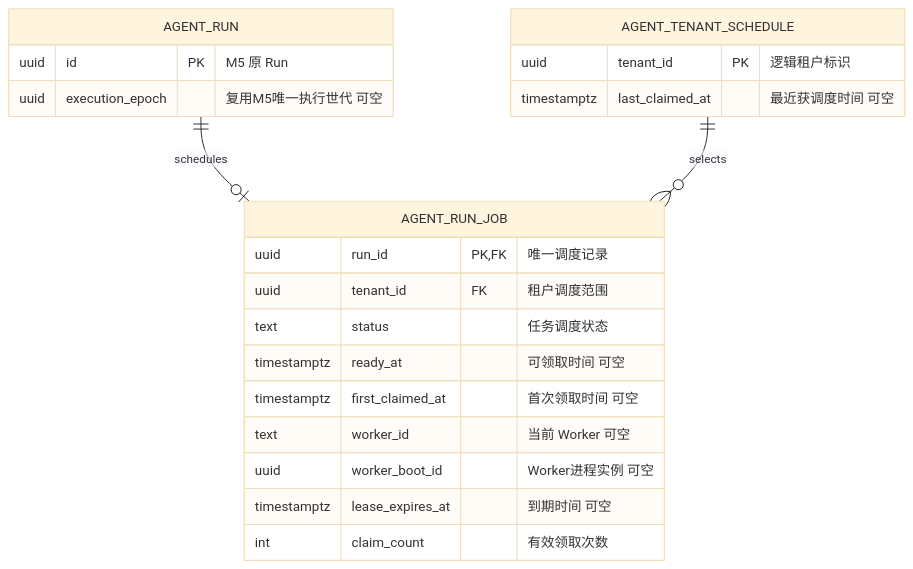
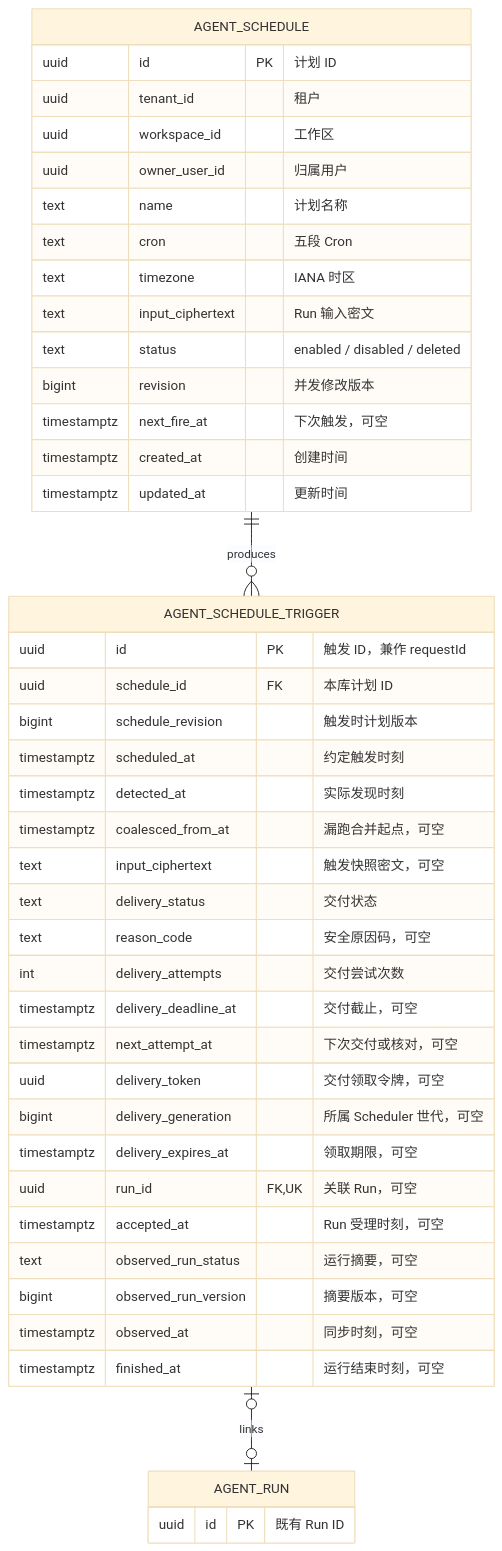
The third of 7 diagrams in mai-specs/984-lesson-20-production-agent-runtime/design/TECH_DESIGN.md (RuiLu007/compass), drawn with Mermaid (base theme) before and after one commit. The commit also changed other lines of this file and 204 other files, not shown here.

````diff
--- a/mai-specs/984-lesson-20-production-agent-runtime/design/TECH_DESIGN.md
+++ b/mai-specs/984-lesson-20-production-agent-runtime/design/TECH_DESIGN.md
@@ -55,24 +151,47 @@
 ```mermaid
 erDiagram
-    AGENT_RUN ||--o| AGENT_RUN_JOB : schedules
-    AGENT_TENANT_SCHEDULE ||--o{ AGENT_RUN_JOB : selects
+    accTitle: 计划、触发记录与 Run
+    AGENT_SCHEDULE ||--o{ AGENT_SCHEDULE_TRIGGER : produces
+    AGENT_SCHEDULE_TRIGGER o|--o| AGENT_RUN : links
+    AGENT_SCHEDULE {
+        uuid id PK "计划 ID"
+        uuid tenant_id "租户"
+        uuid workspace_id "工作区"
+        uuid owner_user_id "归属用户"
+        text name "计划名称"
+        text cron "五段 Cron"
+        text timezone "IANA 时区"
+        text input_ciphertext "Run 输入密文"
+        text status "enabled / disabled / deleted"
+        bigint revision "并发修改版本"
+        timestamptz next_fire_at "下次触发，可空"
+        timestamptz created_at "创建时间"
+        timestamptz updated_at "更新时间"
+    }
+    AGENT_SCHEDULE_TRIGGER {
+        uuid id PK "触发 ID，兼作 requestId"
+        uuid schedule_id FK "本库计划 ID"
+        bigint schedule_revision "触发时计划版本"
+        timestamptz scheduled_at "约定触发时刻"
+        timestamptz detected_at "实际发现时刻"
+        timestamptz coalesced_from_at "漏跑合并起点，可空"
+        text input_ciphertext "触发快照密文，可空"
+        text delivery_status "交付状态"
+        text reason_code "安全原因码，可空"
+        int delivery_attempts "交付尝试次数"
+        timestamptz delivery_deadline_at "交付截止，可空"
+        timestamptz next_attempt_at "下次交付或核对，可空"
+        uuid delivery_token "交付领取令牌，可空"
+        bigint delivery_generation "所属 Scheduler 世代，可空"
+        timestamptz delivery_expires_at "领取期限，可空"
+        uuid run_id FK,UK "关联 Run，可空"
+        timestamptz accepted_at "Run 受理时刻，可空"
+        text observed_run_status "运行摘要，可空"
+        bigint observed_run_version "摘要版本，可空"
+        timestamptz observed_at "同步时刻，可空"
+        timestamptz finished_at "运行结束时刻，可空"
+    }
     AGENT_RUN {
-        uuid id PK "M5 原 Run"
-        uuid execution_epoch "复用M5唯一执行世代 可空"
-    }
-    AGENT_RUN_JOB {
-        uuid run_id PK,FK "唯一调度记录"
-        uuid tenant_id FK "租户调度范围"
-        text status "任务调度状态"
-        timestamptz ready_at "可领取时间 可空"
-        timestamptz first_claimed_at "首次领取时间 可空"
-        text worker_id "当前 Worker 可空"
-        uuid worker_boot_id "Worker进程实例 可空"
-        timestamptz lease_expires_at "到期时间 可空"
-        int claim_count "有效领取次数"
-    }
-    AGENT_TENANT_SCHEDULE {
-        uuid tenant_id PK "逻辑租户标识"
-        timestamptz last_claimed_at "最近获调度时间 可空"
+        uuid id PK "既有 Run ID"
     }
 ```
````
